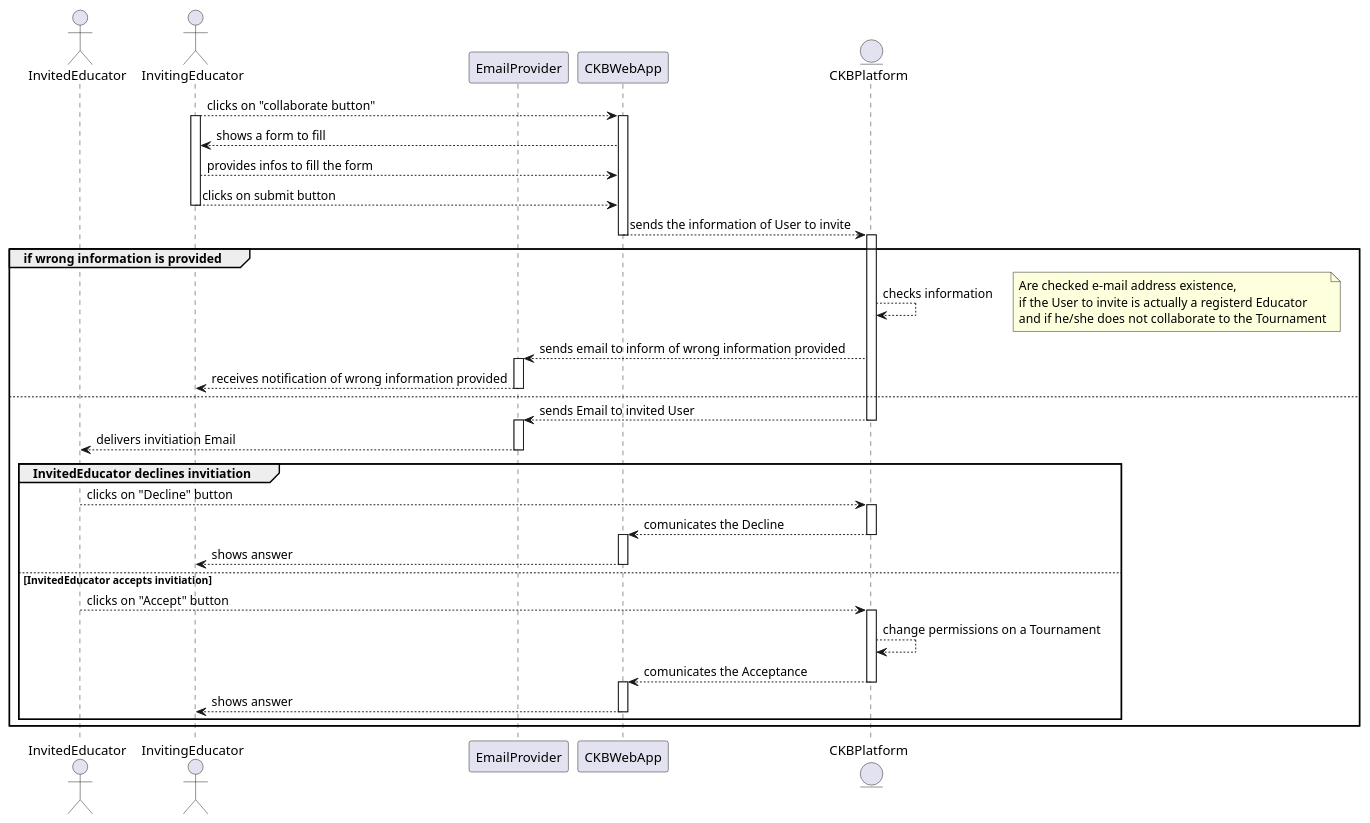
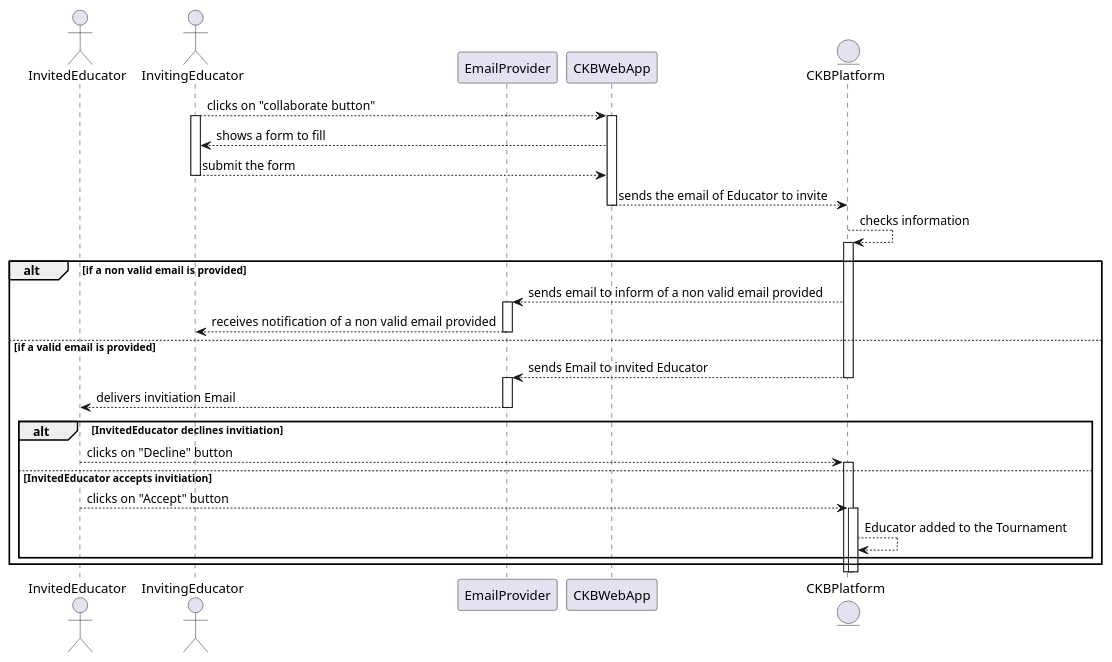
The diagram in _RASD/Images/UML/sequenceDiagram/sequenceDiagramUC4a.wsd (Angelo7672/SE2_Requirement-and-Design-Document), drawn with PlantUML before and after one commit. The commit also changed 6 other files, not shown here.

Commit message:
sequence diagram fix

```diff
--- a/_RASD/Images/UML/sequenceDiagram/sequenceDiagramUC4a.wsd
+++ b/_RASD/Images/UML/sequenceDiagram/sequenceDiagramUC4a.wsd
@@ -1,54 +1,38 @@
 @startuml
 actor InvitedEducator as UB
 actor InvitingEducator as UA
 participant EmailProvider as E
 participant CKBWebApp as A
 entity CKBPlatform as P
 
 UA--->A: clicks on "collaborate button"
 activate UA
 activate A
 UA<---A: shows a form to fill 
-UA--->A: provides infos to fill the form
-UA--->A: clicks on submit button
+UA--->A: submit the form
 deactivate UA
-A---->P: sends the information of User to invite
+A---->P: sends the email of Educator to invite
 deactivate A
-group if wrong information is provided
+ P-->P: checks information
+alt if a non valid email is provided
     activate P
-    P-->P: checks information
-    note right
-        Are checked e-mail address existence,
-        if the User to invite is actually a registerd Educator
-        and if he/she does not collaborate to the Tournament
-    end note
-    P-->E: sends email to inform of wrong information provided
+    P-->E: sends email to inform of a non valid email provided
     activate E
-    E-->UA: receives notification of wrong information provided
+    E-->UA: receives notification of a non valid email provided
     deactivate E
-else
-P---->E: sends Email to invited User
+else if a valid email is provided
+P---->E: sends Email to invited Educator
 deactivate P
 activate E
 E---->UB: delivers invitiation Email
 deactivate E
-group InvitedEducator declines invitiation
+alt InvitedEducator declines invitiation
     UB--->P: clicks on "Decline" button
     activate P
-    P---->A: comunicates the Decline
-    deactivate P
-    activate A
-    A---->UA: shows answer 
-    deactivate A
 else InvitedEducator accepts invitiation
     UB--->P: clicks on "Accept" button
     activate P
-    P--->P: change permissions on a Tournament
-    P---->A: comunicates the Acceptance
-    deactivate P
-    activate A
-    A---->UA: shows answer
-    deactivate A
+    P--->P: Educator added to the Tournament
 end 
 end 
 @enduml
```
